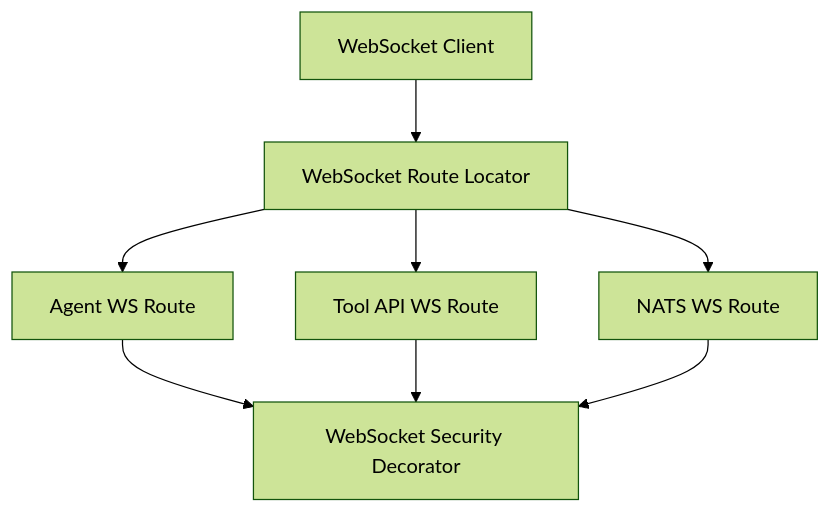
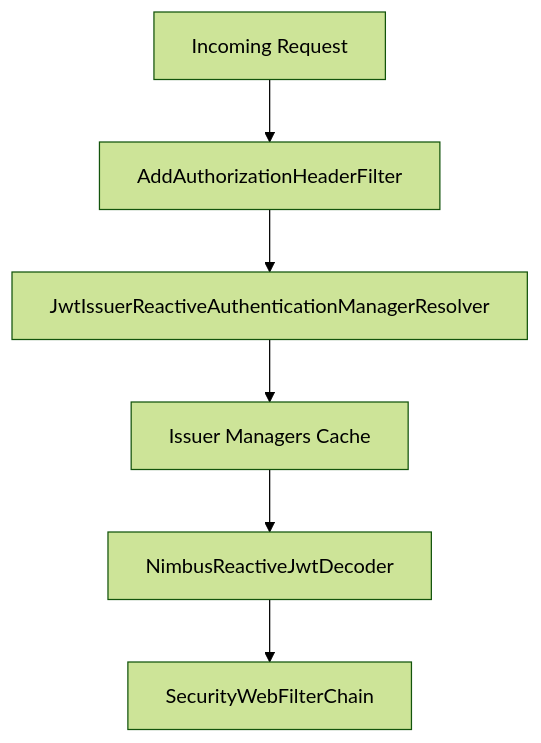
The second of 6 diagrams in docs/architecture/gateway-service-core/gateway-service-core.md (Praesto-Pro/openframe-oss-tenant), drawn with Mermaid (forest theme) before and after one commit. The commit also changed other lines of this file and 214 other files, not shown here.

````diff
--- a/docs/architecture/gateway-service-core/gateway-service-core.md
+++ b/docs/architecture/gateway-service-core/gateway-service-core.md
@@ -76,11 +77,8 @@
 ```mermaid
 flowchart TD
-    Client["WebSocket Client"] --> Route["WebSocket Route Locator"]
-    Route --> AgentRoute["Agent WS Route"]
-    Route --> ApiRoute["Tool API WS Route"]
-    Route --> NatsRoute["NATS WS Route"]
-
-    AgentRoute --> SecurityDecorator["WebSocket Security Decorator"]
-    ApiRoute --> SecurityDecorator
-    NatsRoute --> SecurityDecorator
+    Request["Incoming Request"] --> AddHeader["AddAuthorizationHeaderFilter"]
+    AddHeader --> JwtResolver["JwtIssuerReactiveAuthenticationManagerResolver"]
+    JwtResolver --> Cache["Issuer Managers Cache"]
+    Cache --> Decoder["NimbusReactiveJwtDecoder"]
+    Decoder --> Security["SecurityWebFilterChain"]
 ```
````
